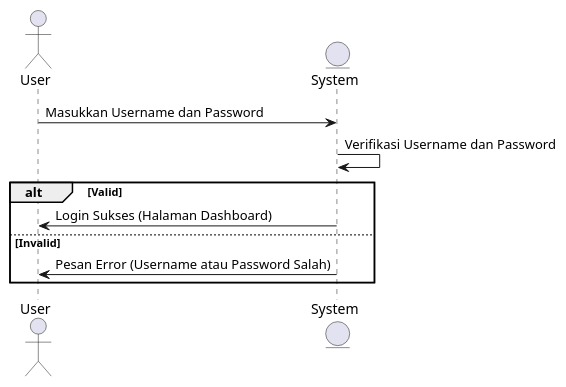
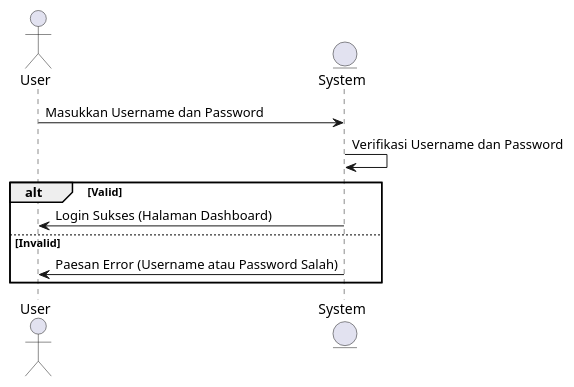
The diagram in sequence/test_sequence.plantuml (SayyidRafeeD/SnD-Arsitektur-Dokumentasi), drawn with PlantUML before and after one commit.

Commit message:
aaaaaaaaaaaaa

```diff
--- a/sequence/test_sequence.plantuml
+++ b/sequence/test_sequence.plantuml
@@ -1,13 +1,13 @@
 @startuml 
 actor User
 entity System
 
 User -> System: Masukkan Username dan Password
 System -> System: Verifikasi Username dan Password
 alt Valid
     System -> User: Login Sukses (Halaman Dashboard)
 else Invalid
-    System -> User: Pesan Error (Username atau Password Salah)
+    System -> User: Paesan Error (Username atau Password Salah)
 end
 
 @enduml
```
